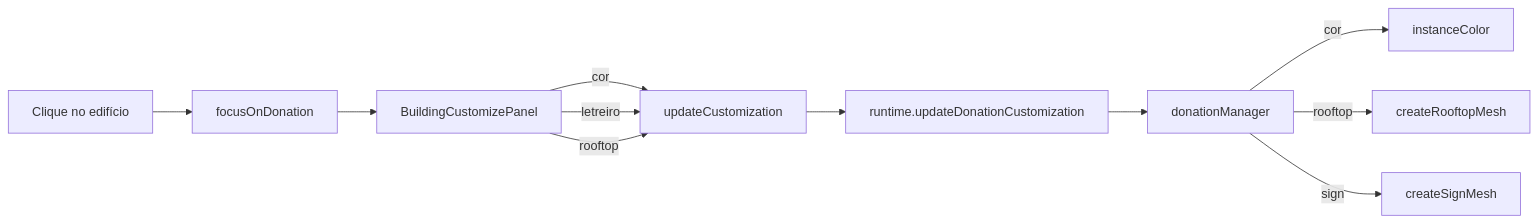
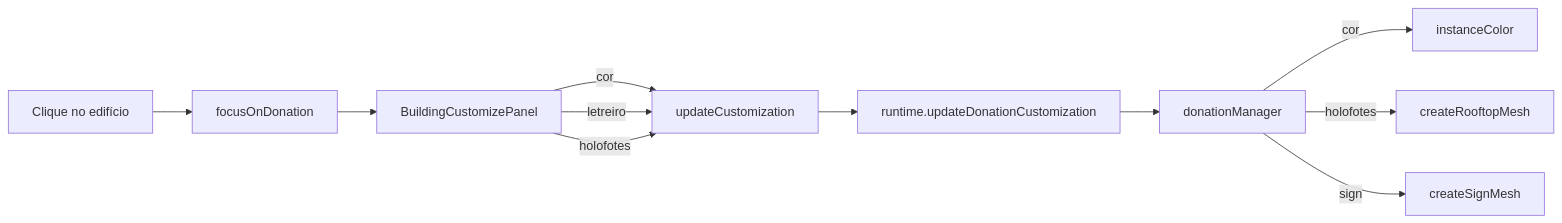
One commit to RaeII/pixcity changed the second of 2 diagrams in doc-pixcity/index.md. Above: the diagram before and after it, drawn with Mermaid. The commit also changed other lines of this file and 9 other files, not shown here.

````diff
--- a/doc-pixcity/index.md
+++ b/doc-pixcity/index.md
@@ -179,13 +179,13 @@
 ```mermaid
 flowchart LR
     Click[Clique no edifício] --> Focus[focusOnDonation]
     Focus --> Panel[BuildingCustomizePanel]
     Panel --> |cor| UC[updateCustomization]
     Panel --> |letreiro| UC
-    Panel --> |rooftop| UC
+    Panel --> |holofotes| UC
     UC --> Runtime[runtime.updateDonationCustomization]
     Runtime --> DM[donationManager]
     DM --> |cor| IC[instanceColor]
-    DM --> |rooftop| RM[createRooftopMesh]
+    DM --> |holofotes| RM[createRooftopMesh]
     DM --> |sign| SM[createSignMesh]
 ```
````
